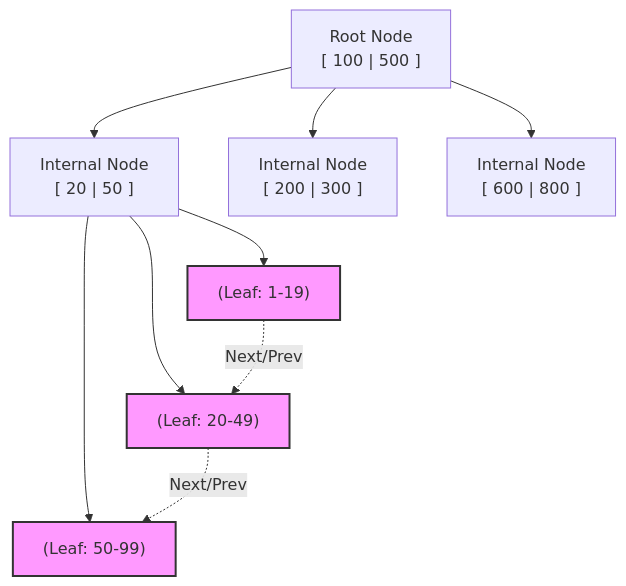
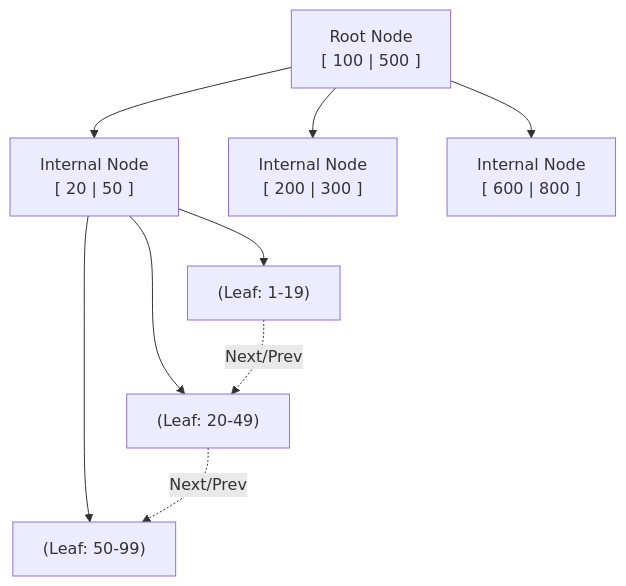
One commit to kythuatdulieu/kythuatdulieu.github.io changed the first of 2 diagrams in src/content/docs/concepts/3-storage-engines-formats/indexing.md. Above: the diagram before and after it, drawn with Mermaid. The commit also changed 686 other files, not shown here.

````diff
--- a/src/content/docs/concepts/3-storage-engines-formats/indexing.md
+++ b/src/content/docs/concepts/3-storage-engines-formats/indexing.md
@@ -29,16 +29,14 @@
 ```mermaid
 graph TD
     Root["Root Node<br/>[ 100 | 500 ]"] --> N1["Internal Node<br/>[ 20 | 50 ]"]
     Root --> N2["Internal Node<br/>[ 200 | 300 ]"]
     Root --> N3["Internal Node<br/>[ 600 | 800 ]"]
     
     N1 --> L1["(Leaf: 1-19)"]
     N1 --> L2["(Leaf: 20-49)"]
     N1 --> L3["(Leaf: 50-99)"]
     
     L1 -.->|Next/Prev| L2
     L2 -.->|Next/Prev| L3
-    
-    classDef leaf fill:#f9f,stroke:#333,stroke-width:2px;
     class L1,L2,L3 leaf;
 ```
````
